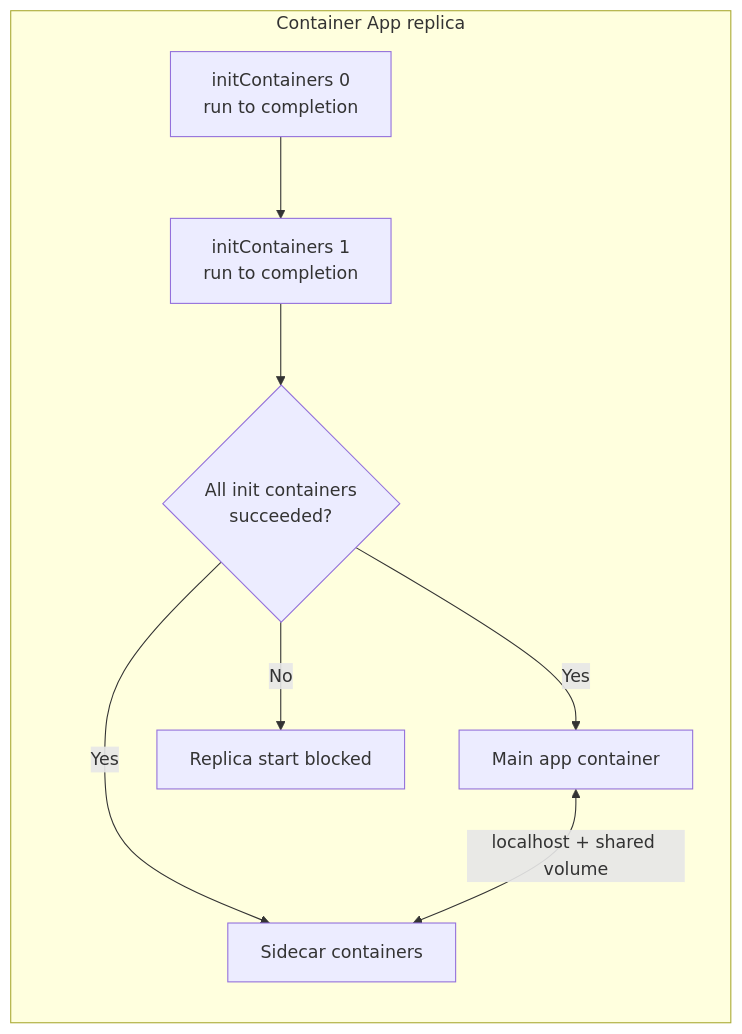
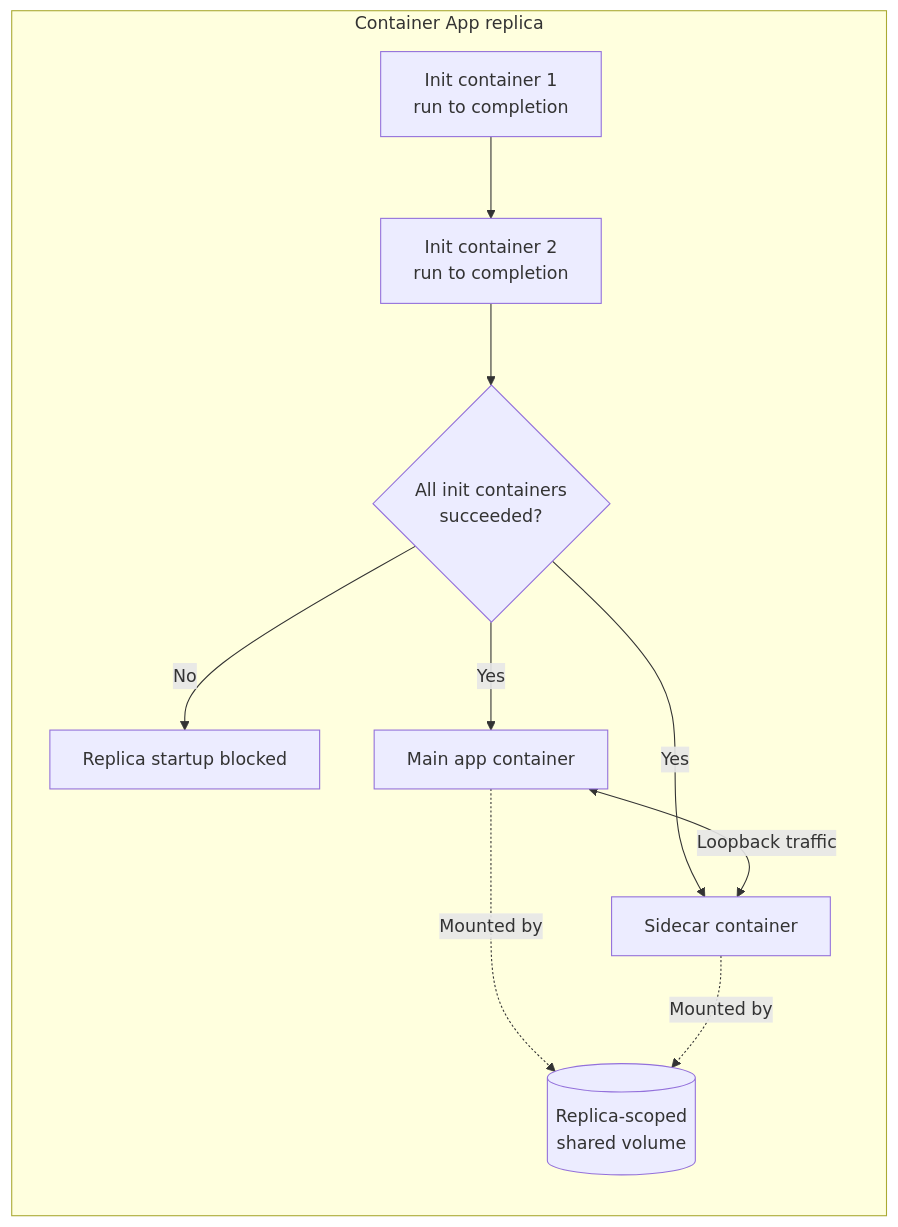
One commit to yeongseon/azure-container-apps-practical-guide changed the diagram in docs/platform/architecture/sidecars-and-init-containers.md. Above: the diagram before and after it, drawn with Mermaid. The commit also changed other lines of this file and 14 other files, not shown here.

Commit message:
docs(diagrams): migrate the Container Apps platform diagrams (#615)

````diff
--- a/docs/platform/architecture/sidecars-and-init-containers.md
+++ b/docs/platform/architecture/sidecars-and-init-containers.md
@@ -43,12 +43,25 @@
 ```mermaid
 flowchart TD
+    accTitle: Container app replica startup and runtime composition
+    accDescr: Init containers run sequentially and must all succeed before the main and sidecar containers start. Once running, the main and sidecar containers share the replica network and can mount the same replica-scoped volume.
+
     subgraph REPLICA[Container App replica]
         direction TD
-        I1[initContainers 0<br/>run to completion] --> I2[initContainers 1<br/>run to completion]
-        I2 --> START{All init containers<br/>succeeded?}
-        START -->|Yes| MAIN[Main app container]
-        START -->|Yes| SIDE[Sidecar containers]
-        START -->|No| FAIL[Replica start blocked]
+        INIT1[Init container 1<br/>run to completion]
+        INIT2[Init container 2<br/>run to completion]
+        GATE{All init containers<br/>succeeded?}
+        BLOCKED[Replica startup blocked]
+        MAIN[Main app container]
+        SIDECAR[Sidecar container]
+        VOLUME[(Replica-scoped<br/>shared volume)]
+
+        INIT1 --> INIT2
+        INIT2 --> GATE
+        GATE -->|No| BLOCKED
+        GATE -->|Yes| MAIN
+        GATE -->|Yes| SIDECAR
+        MAIN <-->|Loopback traffic| SIDECAR
+        MAIN -.->|Mounted by| VOLUME
+        SIDECAR -.->|Mounted by| VOLUME
     end
-    MAIN <-->|localhost + shared volume| SIDE
 ```
````
